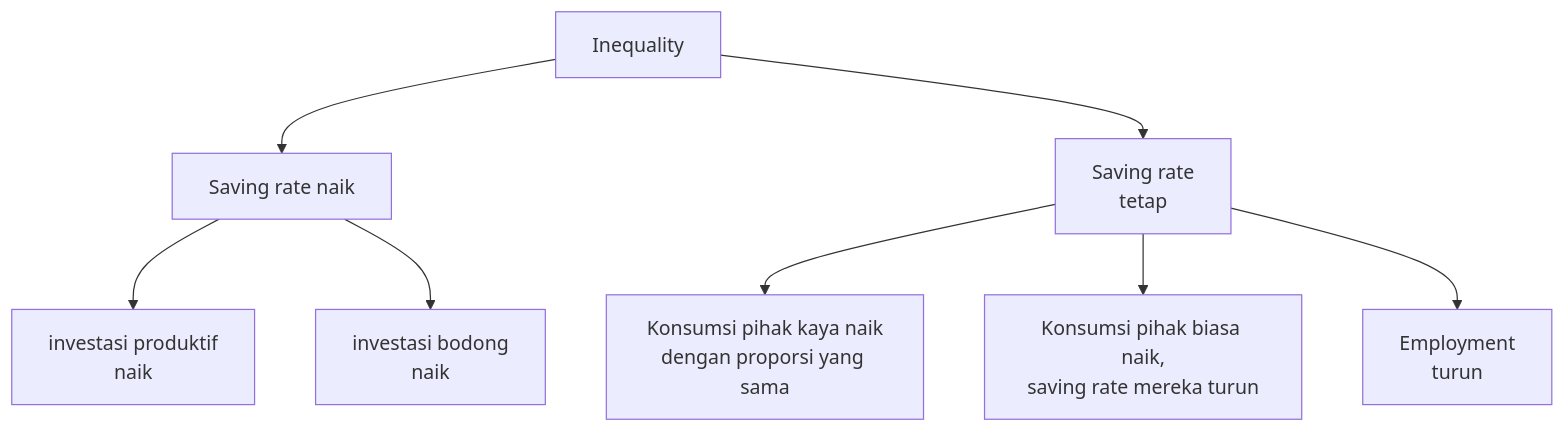
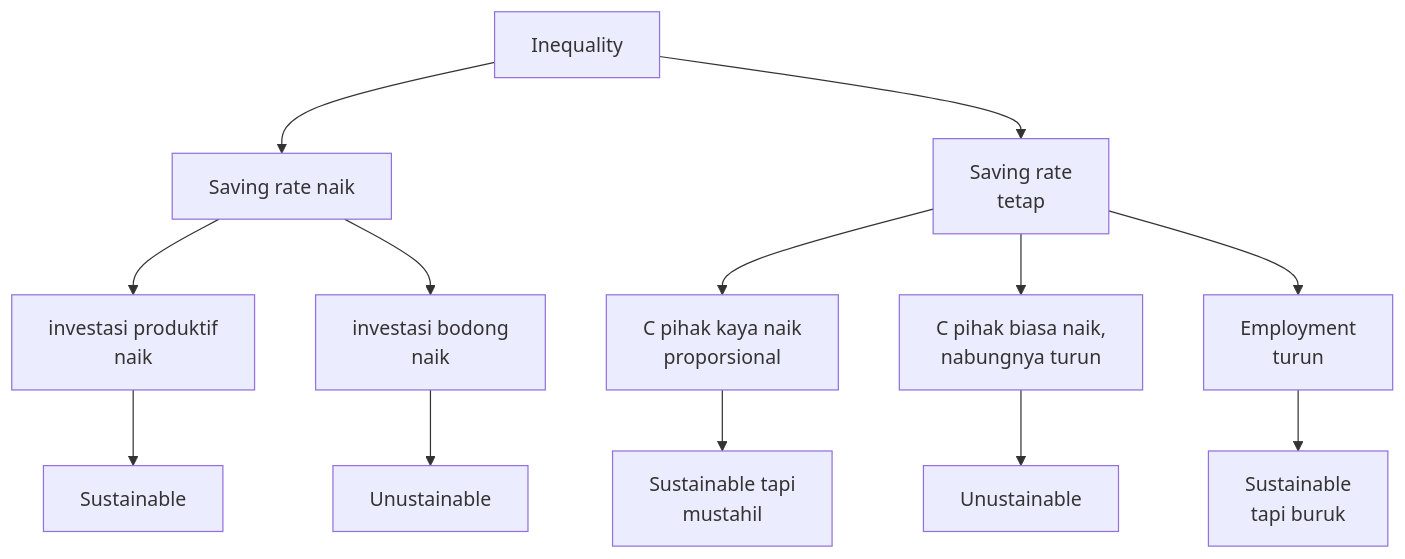
Before and after one commit to imedkrisna/krisna: the second of 2 diagrams in content/id/post/cons/index.md, drawn with Mermaid. The commit also changed other lines of this file, not shown here.

````diff
--- a/content/id/post/cons/index.md
+++ b/content/id/post/cons/index.md
@@ -62,10 +84,15 @@
 ```mermaid
 graph TD;
   A[Inequality]-->B[Saving rate naik];
   A-->C[Saving rate<br/>tetap];
   B-->D[investasi produktif<br/>naik];
   B-->E[investasi bodong<br/>naik];
-  C-->F[Konsumsi pihak kaya naik<br/>dengan proporsi yang sama];
-  C-->G[Konsumsi pihak biasa naik,<br/>saving rate mereka turun];
+  C-->F[C pihak kaya naik<br/>proporsional];
+  C-->G[C pihak biasa naik,<br/>nabungnya turun];
   C-->H[Employment<br/>turun];
+  D-->I[Sustainable];
+  E-->J[Unustainable];
+  F-->K[Sustainable tapi<br/>mustahil];
+  G-->L[Unustainable];
+  H-->M[Sustainable<br/>tapi buruk];
 ```
````
